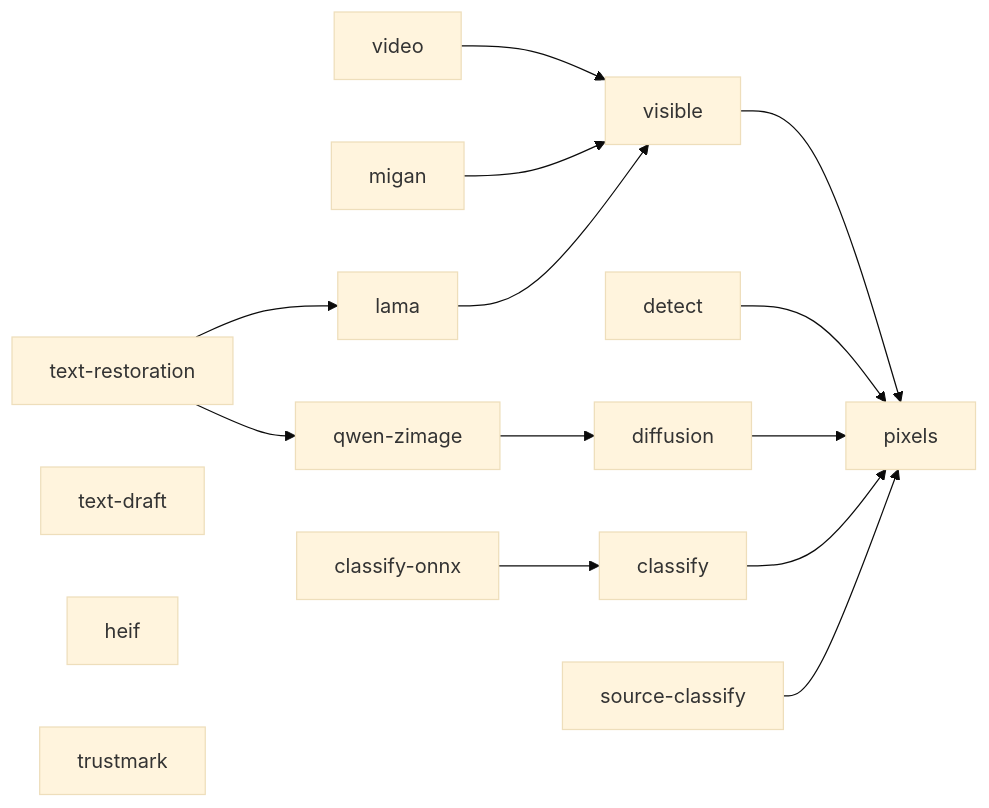
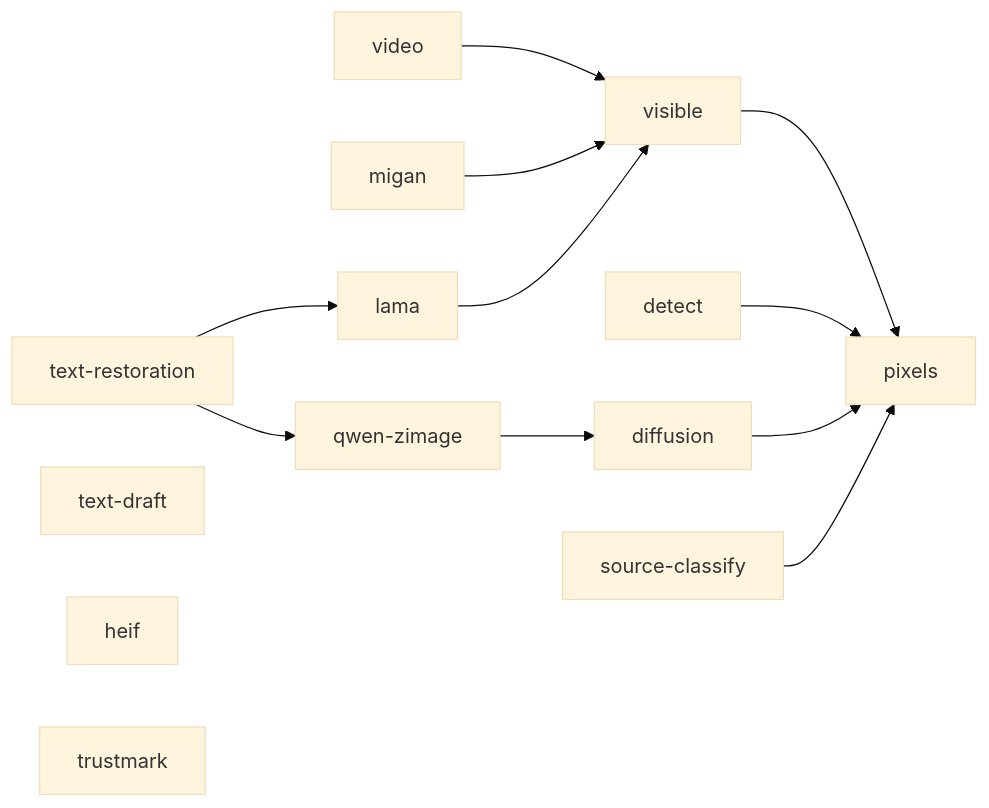
The diagram in docs/installation.md (wiltodelta/remove-ai-watermarks), drawn with Mermaid (base theme) before and after one commit. The commit also changed other lines of this file and 51 other files, not shown here.

````diff
--- a/docs/installation.md
+++ b/docs/installation.md
@@ -196,18 +194,16 @@
 ```mermaid
 flowchart LR
     visible --> pixels
     video --> visible
     detect --> pixels
     diffusion --> pixels
     migan --> visible
     lama --> visible
     qwen["qwen-zimage"] --> diffusion
     text["text-restoration"] --> qwen
     text --> lama
     draft["text-draft"]
     heif
     trustmark
-    classify --> pixels
-    onnx["classify-onnx"] --> classify
     source["source-classify"] --> pixels
 ```
````
